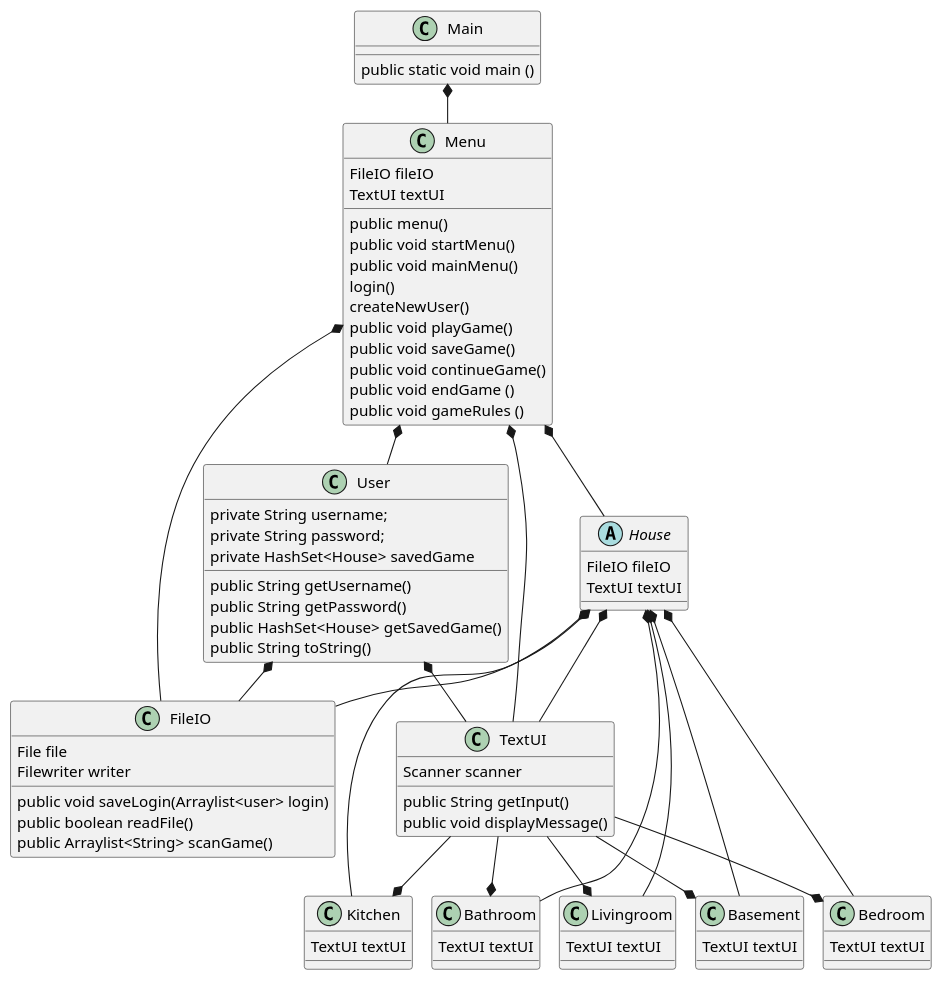
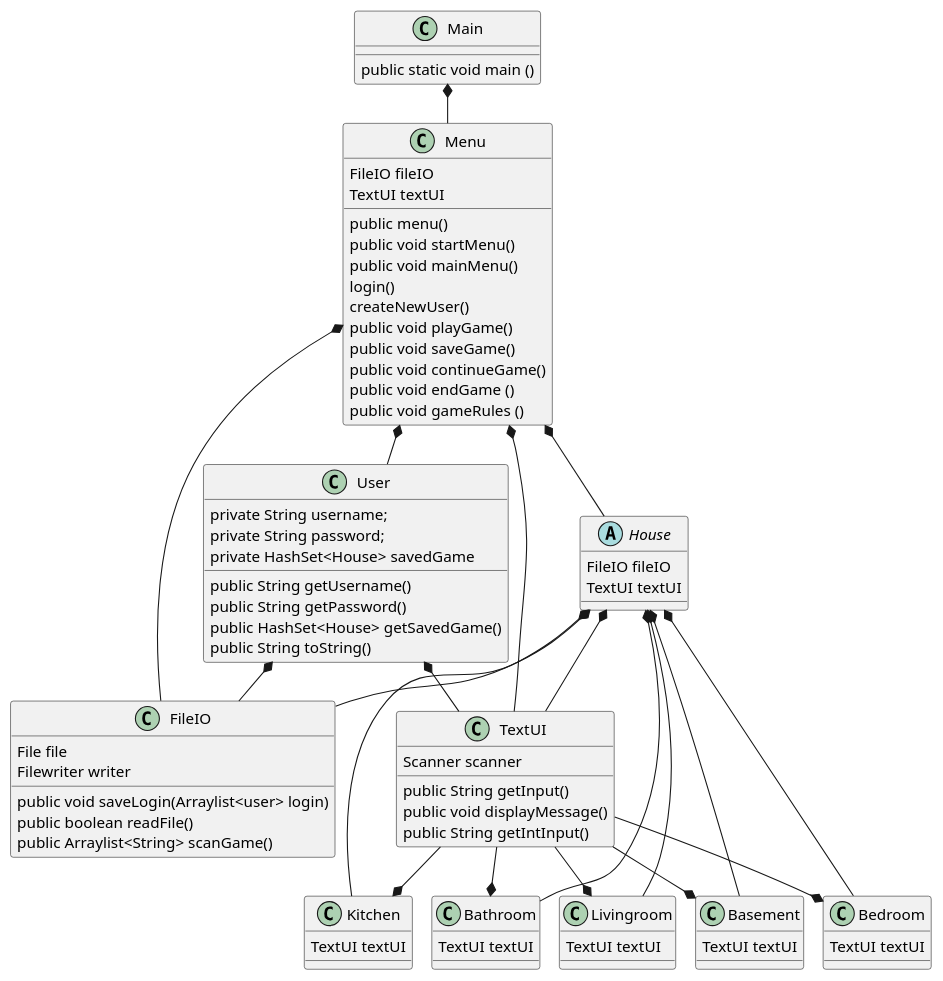
One commit to Marwamnr/ICE- changed the diagram in Class.puml. Above: the diagram before and after it, drawn with PlantUML. The commit also changed 12 other files, not shown here.

```diff
--- a/Class.puml
+++ b/Class.puml
@@ -1,120 +1,120 @@
 @startuml
 'https://plantuml.com/class-diagram
 !pragma layout smetana
 
 class FileIO
 class Bedroom
 class Kitchen
 class Bathroom
 class Livingroom
 class Basement
 Abstract Class House
 class TextUI
 class User
 class Menu
 class Main
 
 
 
 Main *-- Menu
 Menu *-- User
 Menu *-- House
 Menu *-- FileIO
 Menu *-- TextUI
 User *-- FileIO
 User *-- TextUI
 House *-- FileIO
 House *-- TextUI
 House *-- Kitchen
 House *-- Bathroom
 House *-- Livingroom
 House *-- Basement
 House *-- Bedroom
 TextUI --* Kitchen
 TextUI --* Bathroom
 TextUI --* Livingroom
 TextUI --* Basement
 TextUI --* Bedroom
 
 
 
 
 class TextUI
 {
 Scanner scanner
-
 public String getInput()
 public void displayMessage()
+public String getIntInput()
 }
 
 class FileIO {
 File file
 Filewriter writer
 public void saveLogin(Arraylist<user> login)
 public boolean readFile()
 public Arraylist<String> scanGame()
 }
 
 class Main {
 public static void main ()
 }
 
 
 Abstract class House {
 FileIO fileIO
 TextUI textUI
 }
 
 
 class User{
 private String username;
 private String password;
 private HashSet<House> savedGame
 public String getUsername()
 public String getPassword()
 public HashSet<House> getSavedGame()
 public String toString()
 
 }
 
 class Menu {
 FileIO fileIO
 TextUI textUI
 public menu()
 public void startMenu()
 public void mainMenu()
 login()
 createNewUser()
 public void playGame()
 public void saveGame()
 public void continueGame()
 public void endGame ()
 public void gameRules ()
 }
 
 
 class Kitchen {
 TextUI textUI
 }
 
 class Bathroom {
 TextUI textUI
 
 }
 
 class Basement {
 TextUI textUI
 
 }
 
 class Bedroom {
 TextUI textUI
 
 }
 
 class Livingroom {
 TextUI textUI
 }
 
 
 @enduml
```
